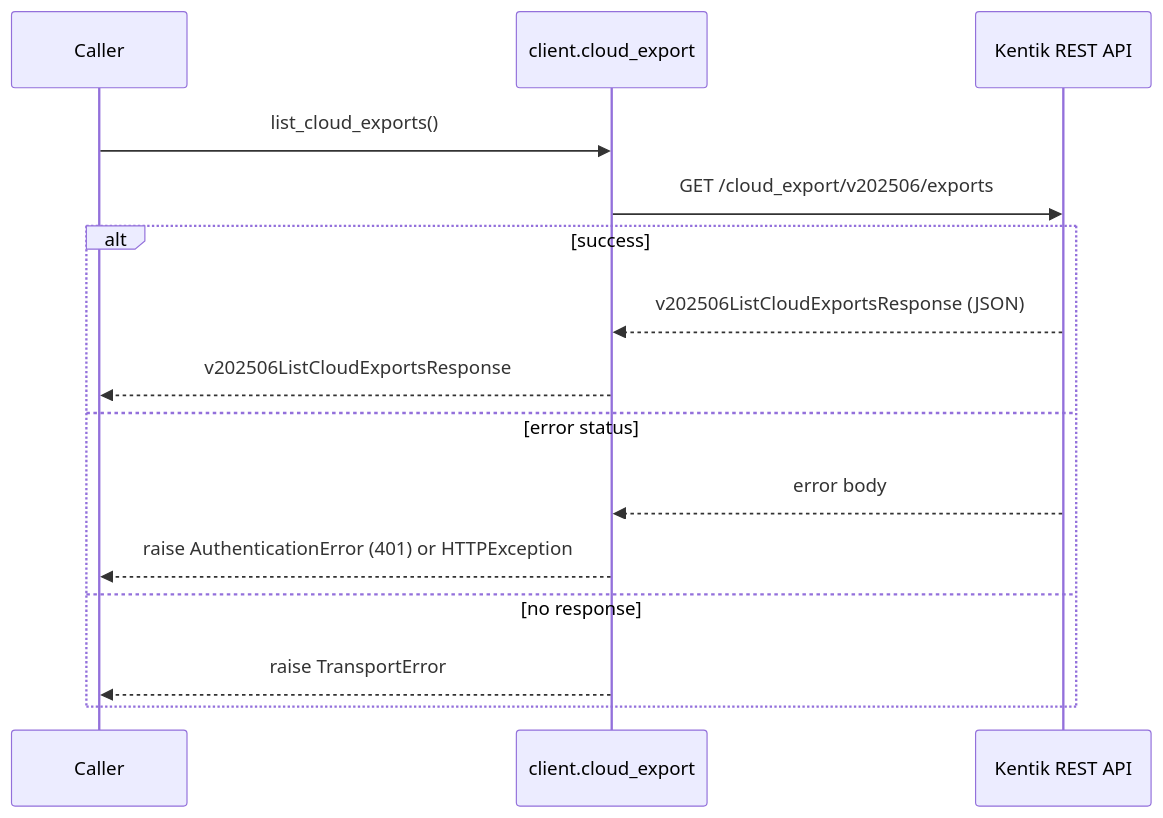
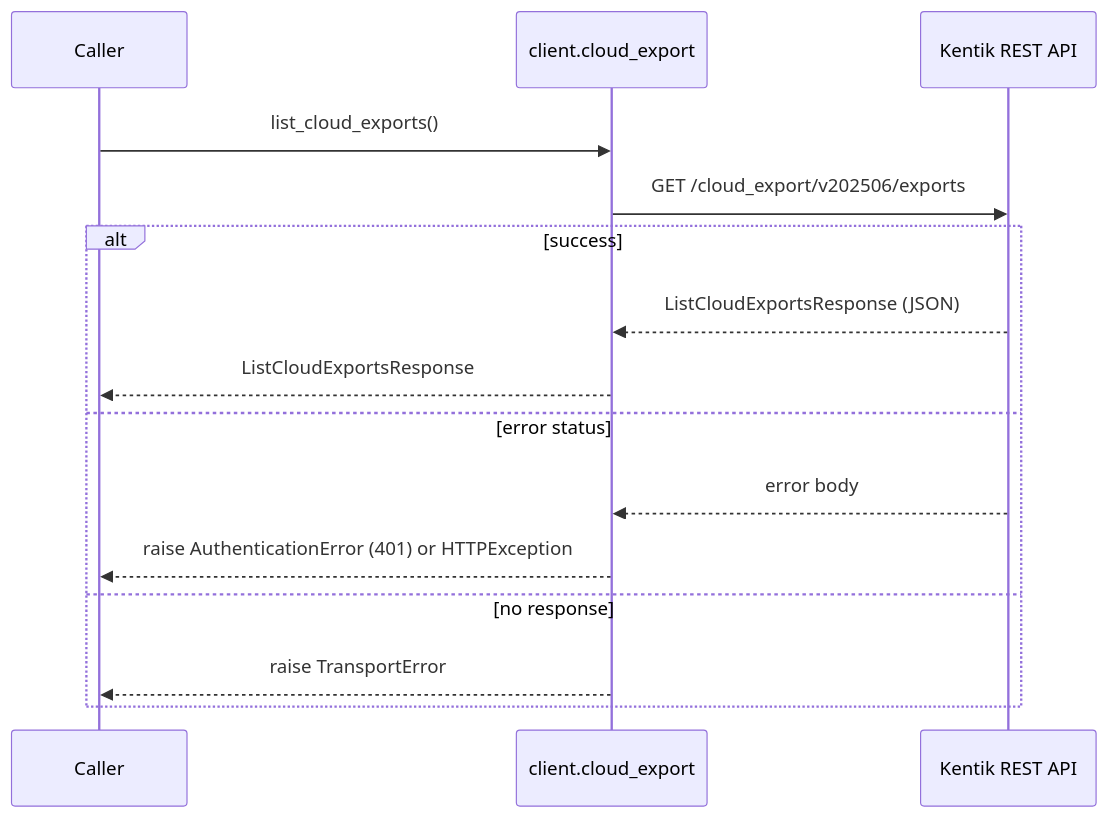
The second of 12 diagrams in docs/sphinx/services/cloud_export.md (alexdearaujo/community_sdk_python), drawn with Mermaid before and after one commit. The commit also changed other lines of this file and 38 other files, not shown here.

````diff
--- a/docs/sphinx/services/cloud_export.md
+++ b/docs/sphinx/services/cloud_export.md
@@ -38,18 +38,18 @@
 ```mermaid
 sequenceDiagram
     participant C as Caller
     participant W as client.cloud_export
     participant API as Kentik REST API
 
     C->>W: list_cloud_exports()
     W->>API: GET /cloud_export/v202506/exports
     alt success
-        API-->>W: v202506ListCloudExportsResponse (JSON)
-        W-->>C: v202506ListCloudExportsResponse
+        API-->>W: ListCloudExportsResponse (JSON)
+        W-->>C: ListCloudExportsResponse
     else error status
         API-->>W: error body
         W-->>C: raise AuthenticationError (401) or HTTPException
     else no response
         W-->>C: raise TransportError
     end
 ```
````
